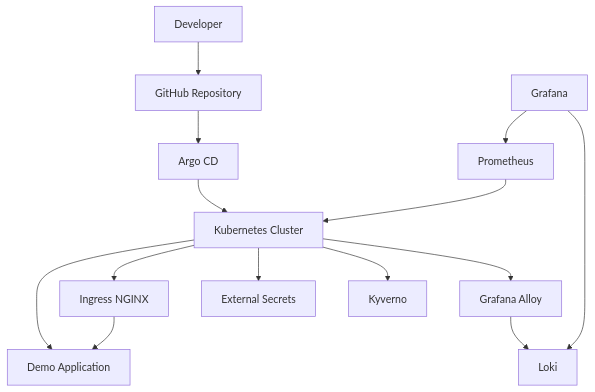
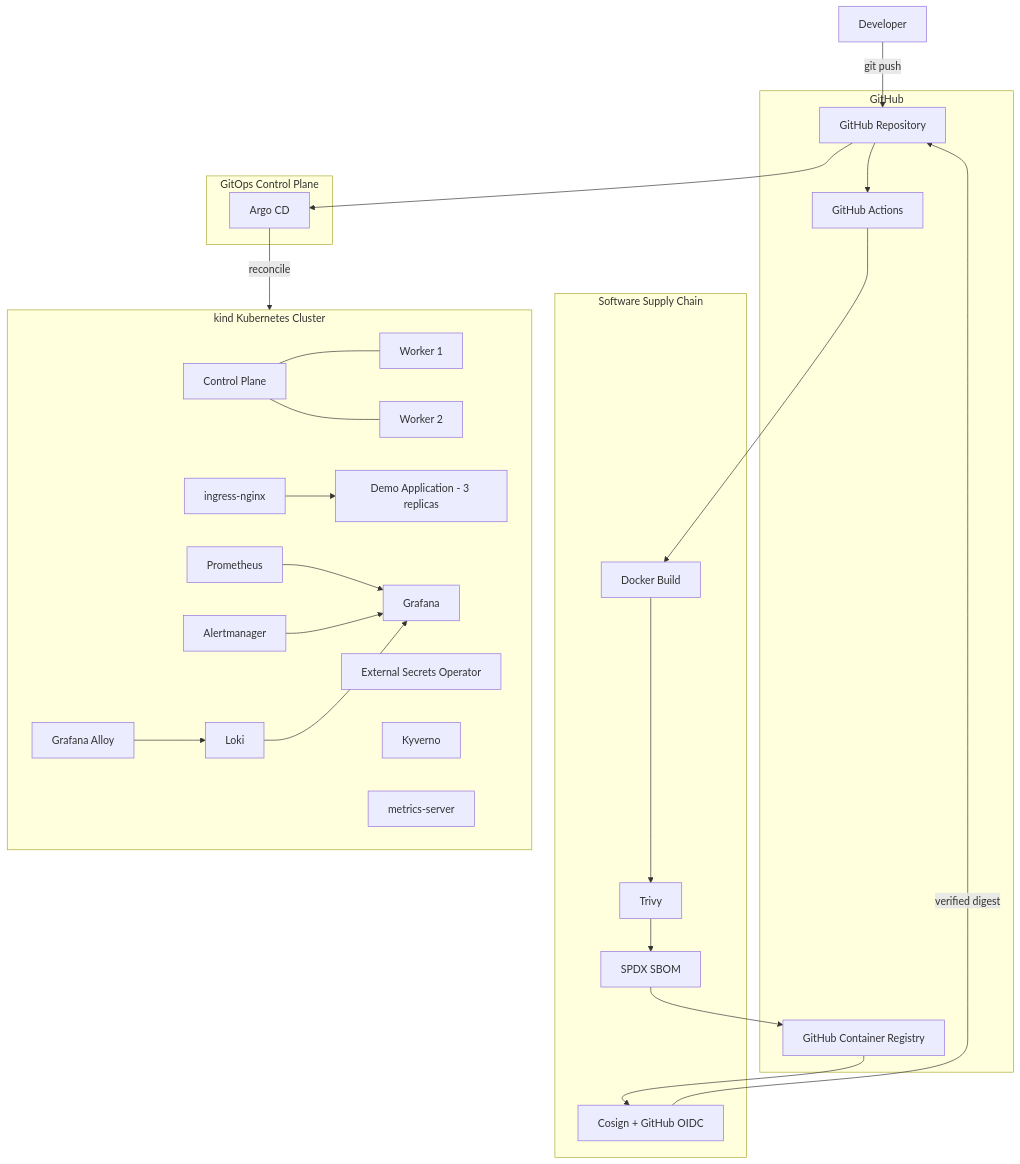
Before and after one commit to TortelloSte/devops-lab-gitops: the first of 2 diagrams in docs/architecture.md, drawn with Mermaid. The commit also changed other lines of this file and 1 other file, not shown here.

Commit message:
Improve project documentation and architecture

````diff
--- a/docs/architecture.md
+++ b/docs/architecture.md
@@ -3,23 +7,60 @@
 ```mermaid
-flowchart TD
+flowchart TB
+    DEV[Developer]
 
-    DEV[Developer] --> GH[GitHub Repository]
+    subgraph GITHUB["GitHub"]
+        REPO[GitHub Repository]
+        ACTIONS[GitHub Actions]
+        GHCR[GitHub Container Registry]
+    end
 
-    GH --> ARGO[Argo CD]
+    subgraph SUPPLY["Software Supply Chain"]
+        BUILD[Docker Build]
+        TRIVY[Trivy]
+        SBOM[SPDX SBOM]
+        COSIGN[Cosign + GitHub OIDC]
+    end
 
-    ARGO --> K8S[Kubernetes Cluster]
+    subgraph GITOPS["GitOps Control Plane"]
+        ARGO[Argo CD]
+    end
 
-    K8S --> APP[Demo Application]
-    K8S --> INGRESS[Ingress NGINX]
-    K8S --> ESO[External Secrets]
-    K8S --> KYVERNO[Kyverno]
+    subgraph CLUSTER["kind Kubernetes Cluster"]
+        CP[Control Plane]
+        W1[Worker 1]
+        W2[Worker 2]
+
+        INGRESS[ingress-nginx]
+        APP[Demo Application - 3 replicas]
+        ESO[External Secrets Operator]
+        KYVERNO[Kyverno]
+
+        PROM[Prometheus]
+        GRAFANA[Grafana]
+        ALERT[Alertmanager]
+        ALLOY[Grafana Alloy]
+        LOKI[Loki]
+        METRICS[metrics-server]
+    end
+
+    DEV -->|git push| REPO
+    REPO --> ACTIONS
+    ACTIONS --> BUILD
+    BUILD --> TRIVY
+    TRIVY --> SBOM
+    SBOM --> GHCR
+    GHCR --> COSIGN
+    COSIGN -->|verified digest| REPO
+
+    REPO --> ARGO
+    ARGO -->|reconcile| CLUSTER
+
+    CP --- W1
+    CP --- W2
 
     INGRESS --> APP
-
-    PROM[Prometheus] --> K8S
-    GRAFANA[Grafana] --> PROM
-    GRAFANA --> LOKI[Loki]
-
-    ALLOY[Grafana Alloy] --> LOKI
-    K8S --> ALLOY
+    PROM --> GRAFANA
+    ALERT --> GRAFANA
+    ALLOY --> LOKI
+    LOKI --> GRAFANA
 ```
````
